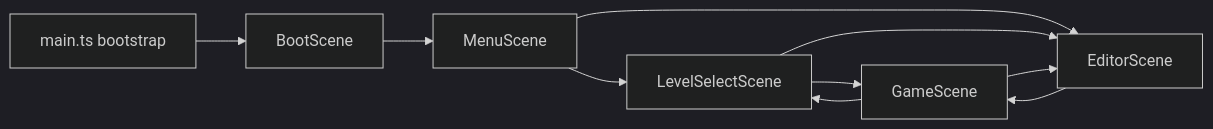
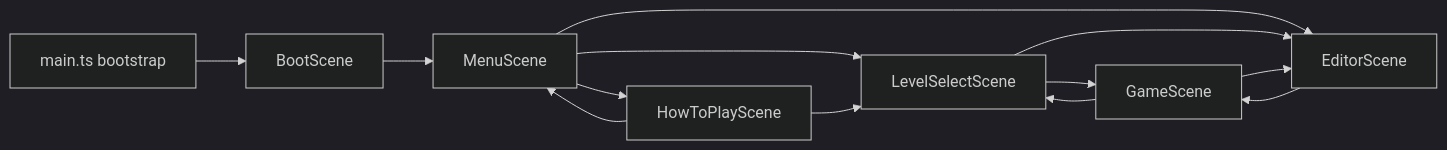
Before and after one commit to DavisWang/burn-the-village: the diagram in docs/architecture.md, drawn with Mermaid (dark theme). The commit also changed other lines of this file and 17 other files, not shown here.

Commit message:
v1.6 add how to play

````diff
--- a/docs/architecture.md
+++ b/docs/architecture.md
@@ -7,12 +7,15 @@
 ```mermaid
 flowchart LR
   A["main.ts bootstrap"] --> B["BootScene"]
   B --> C["MenuScene"]
-  C --> D["LevelSelectScene"]
-  C --> E["EditorScene"]
-  D --> F["GameScene"]
+  C --> D["HowToPlayScene"]
+  C --> E["LevelSelectScene"]
+  C --> F["EditorScene"]
+  D --> C
   D --> E
+  E --> G["GameScene"]
   E --> F
-  F --> D
-  F --> E
+  F --> G
+  G --> E
+  G --> F
 ```
````
